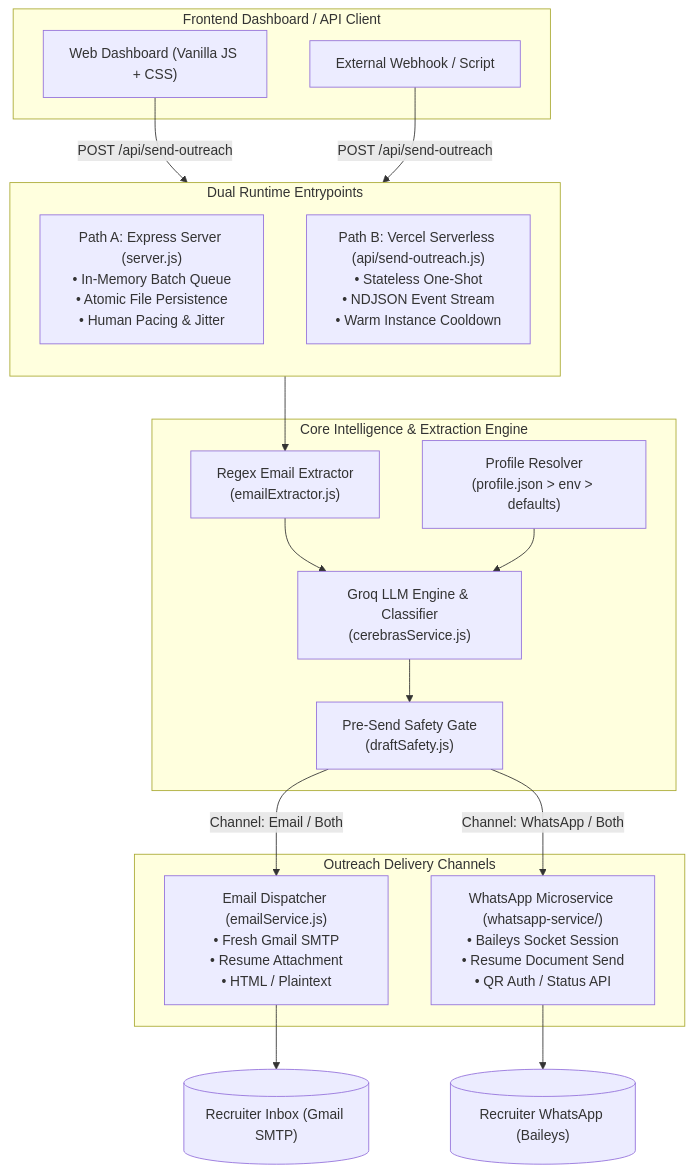
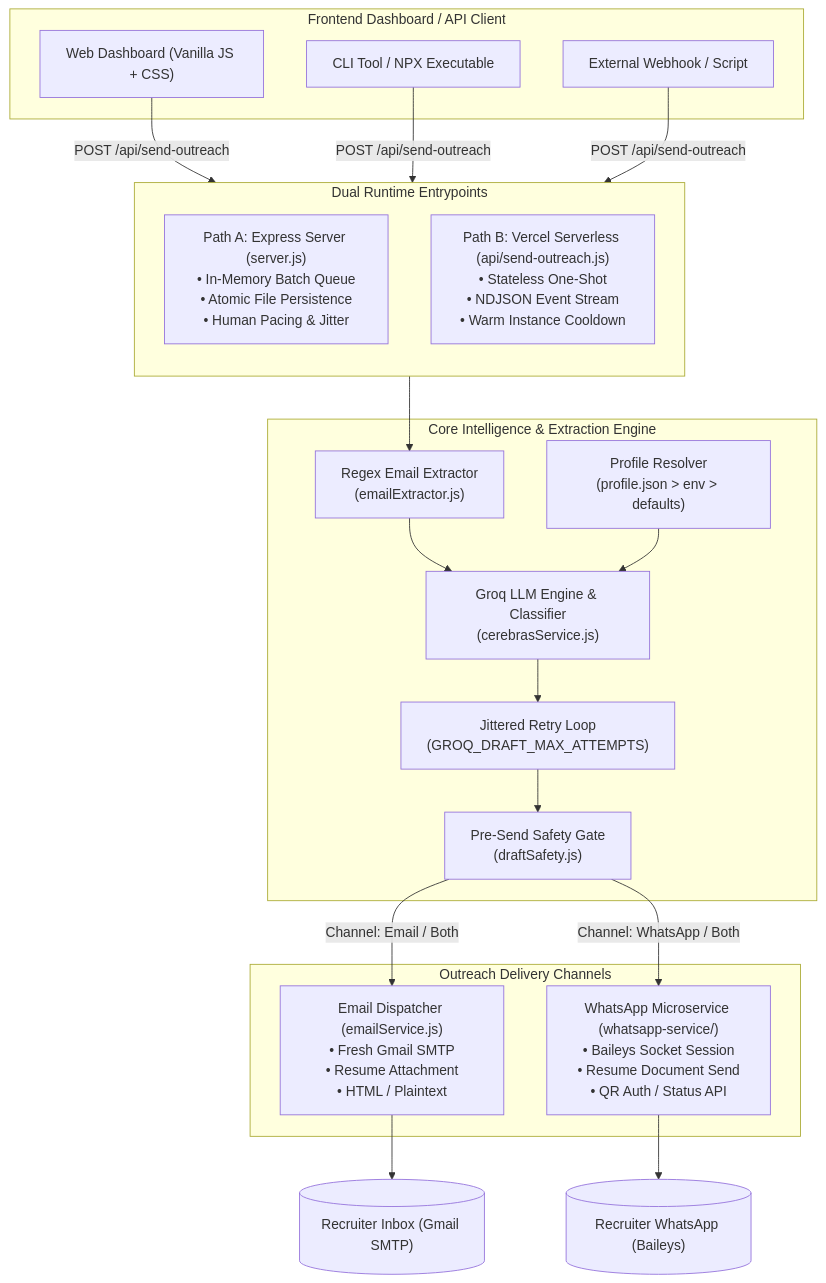
The diagram in README.md (Jashan-randhawa/Job-mail-Automation), drawn with Mermaid before and after one commit. The commit also changed other lines of this file and 1 other file, not shown here.

Commit message:
docs: update README and CHANGELOG to v1.4.1 with Docker Compose, GHCR, CLI executable, and wiki links

````diff
--- a/README.md
+++ b/README.md
@@ -80,39 +87,43 @@
 ```mermaid
 flowchart TB
     subgraph Client["Frontend Dashboard / API Client"]
         UI["Web Dashboard (Vanilla JS + CSS)"]
+        CLI["CLI Tool / NPX Executable"]
         Curl["External Webhook / Script"]
     end
 
     subgraph Runtime["Dual Runtime Entrypoints"]
         direction TB
         PathA["Path A: Express Server (server.js)<br/>• In-Memory Batch Queue<br/>• Atomic File Persistence<br/>• Human Pacing & Jitter"]
         PathB["Path B: Vercel Serverless (api/send-outreach.js)<br/>• Stateless One-Shot<br/>• NDJSON Event Stream<br/>• Warm Instance Cooldown"]
     end
 
     subgraph Core["Core Intelligence & Extraction Engine"]
         Extractor["Regex Email Extractor<br/>(emailExtractor.js)"]
         Classifier["Groq LLM Engine & Classifier<br/>(cerebrasService.js)"]
+        RetryLoop["Jittered Retry Loop<br/>(GROQ_DRAFT_MAX_ATTEMPTS)"]
         Safety["Pre-Send Safety Gate<br/>(draftSafety.js)"]
         Profile["Profile Resolver<br/>(profile.json > env > defaults)"]
     end
 
     subgraph Channels["Outreach Delivery Channels"]
         EmailService["Email Dispatcher (emailService.js)<br/>• Fresh Gmail SMTP<br/>• Resume Attachment<br/>• HTML / Plaintext"]
         WAService["WhatsApp Microservice (whatsapp-service/)<br/>• Baileys Socket Session<br/>• Resume Document Send<br/>• QR Auth / Status API"]
     end
 
     UI -->|POST /api/send-outreach| Runtime
+    CLI -->|POST /api/send-outreach| Runtime
     Curl -->|POST /api/send-outreach| Runtime
 
     Runtime --> Extractor
     Extractor --> Classifier
+    Classifier --> RetryLoop
     Profile --> Classifier
-    Classifier --> Safety
+    RetryLoop --> Safety
     
     Safety -->|Channel: Email / Both| EmailService
     Safety -->|Channel: WhatsApp / Both| WAService
 
     EmailService --> RecipientEmail[("Recruiter Inbox (Gmail SMTP)")]
     WAService --> RecipientWA[("Recruiter WhatsApp (Baileys)")]
 ```
````
